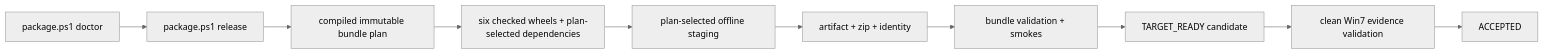
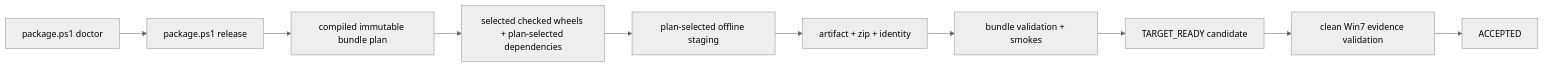
The diagram in docs/product/packaging-and-deployment.md (czh869452912/ccode-win7), drawn with Mermaid (neutral theme) before and after one commit. The commit also changed other lines of this file and 77 other files, not shown here.

````diff
--- a/docs/product/packaging-and-deployment.md
+++ b/docs/product/packaging-and-deployment.md
@@ -96,12 +96,12 @@
 ```mermaid
 flowchart LR
     D["package.ps1 doctor"] --> R["package.ps1 release"]
     R --> P["compiled immutable bundle plan"]
-    P --> W["six checked wheels + plan-selected dependencies"]
+    P --> W["selected checked wheels + plan-selected dependencies"]
     W --> A["plan-selected offline staging"]
     A --> Z["artifact + zip + identity"]
     Z --> V["bundle validation + smokes"]
     V --> T["TARGET_READY candidate"]
     T --> E["clean Win7 evidence validation"]
     E --> C["ACCEPTED"]
 ```
````
